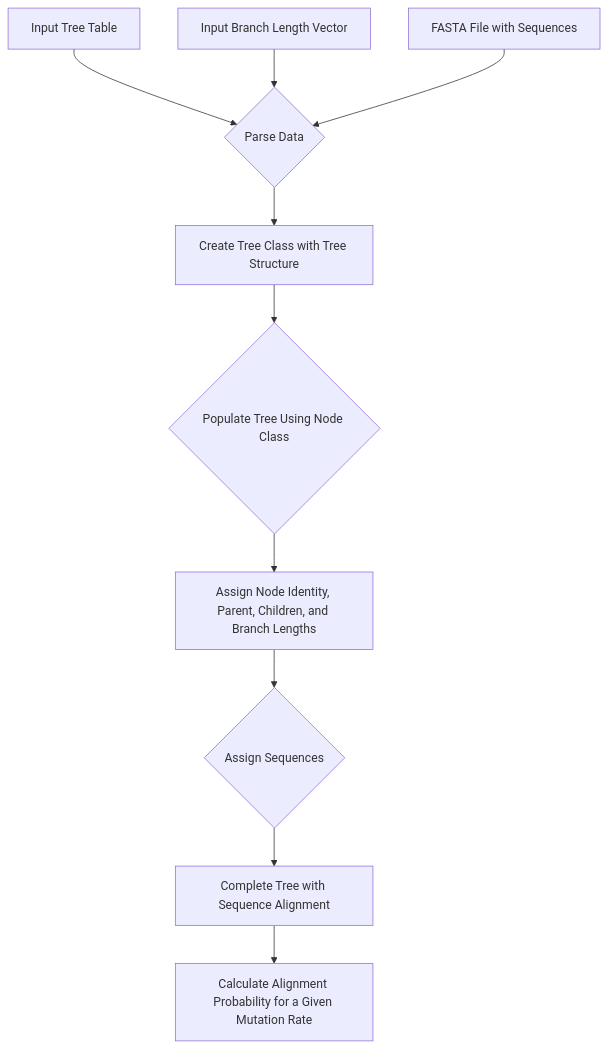
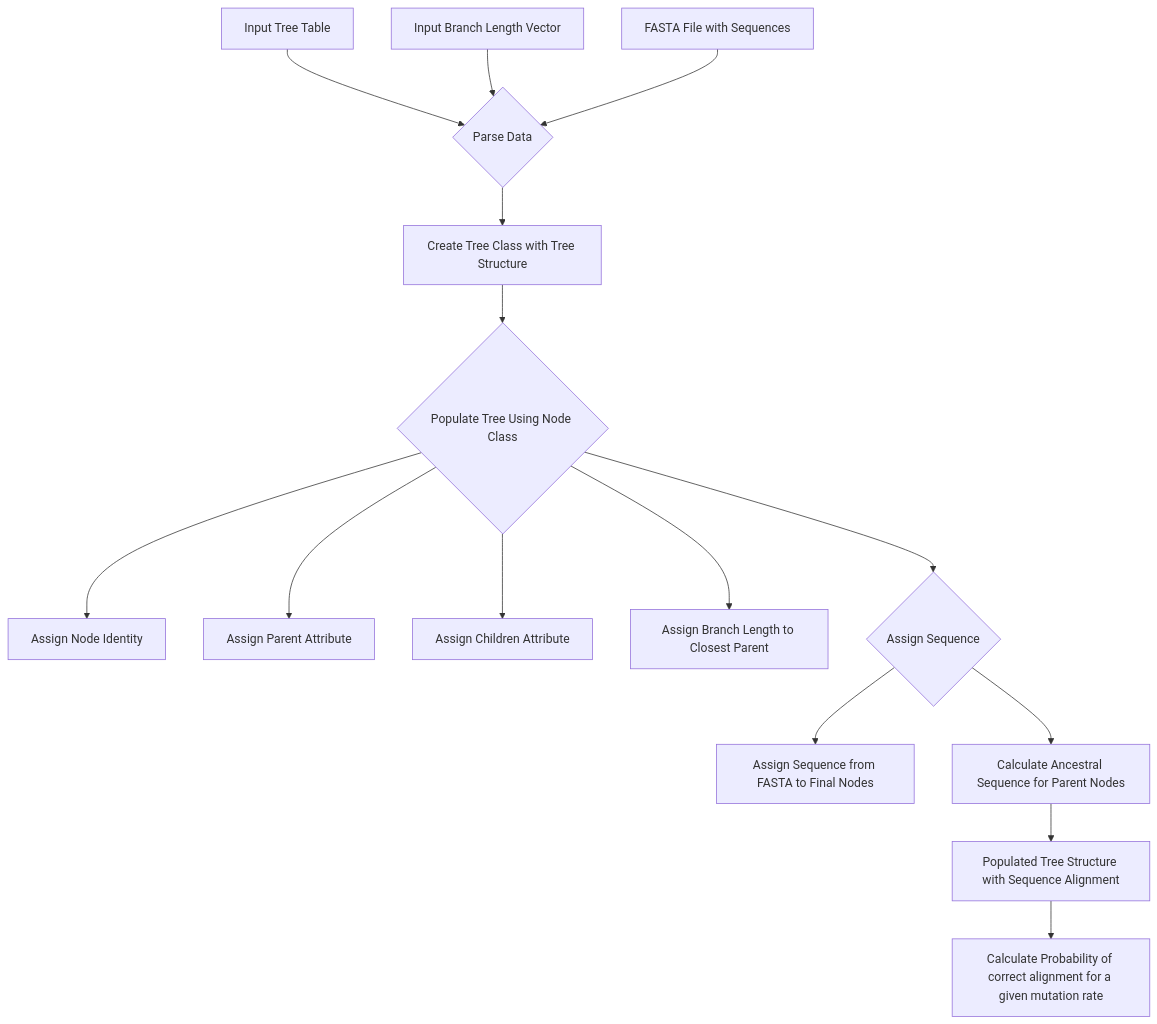
Before and after one commit to douhan-wicht/PhyloCalc: the diagram in README.md, drawn with Mermaid.

````diff
--- a/README.md
+++ b/README.md
@@ -26,12 +26,12 @@
 ```mermaid
 flowchart TD
-    InputTree["Input Tree Table"] --> ParseData{"Parse Data"}
-    BranchLengths["Input Branch Length Vector"] --> ParseData
-    FASTAFile["FASTA File with Sequences"] --> ParseData
-    ParseData --> CreateTree["Create Tree Class with Tree Structure"]
-    CreateTree --> PopulateTree{"Populate Tree Using Node Class"}
-    PopulateTree --> AssignAttributes["Assign Node Identity, Parent, Children, and Branch Lengths"]
-    AssignAttributes --> AssignSequences{"Assign Sequences"}
-    AssignSequences --> FinalizeTree["Complete Tree with Sequence Alignment"]
-    FinalizeTree --> CalculateProbabilities["Calculate Alignment Probability for a Given Mutation Rate"]
+    A["Input Tree Table"] --> B{"Parse Data"}
+    A2["Input Branch Length Vector"] --> B
+    A3["FASTA File with Sequences"] --> B
+    B --> D["Create Tree Class with Tree Structure"]
+    D --> F{"Populate Tree Using Node Class"}
+    F --> F1["Assign Node Identity"] & F2["Assign Parent Attribute"] & F3["Assign Children Attribute"] & F4["Assign Branch Length to Closest Parent"] & G{"Assign Sequence"}
+    G --> G1["Assign Sequence from FASTA to Final Nodes"] & G2["Calculate Ancestral Sequence for Parent Nodes"]
+    G2 --> H["Populated Tree Structure with Sequence Alignment"]
+    H --> I["Calculate Probability of correct alignment for a given mutation rate"]
 ```
````
